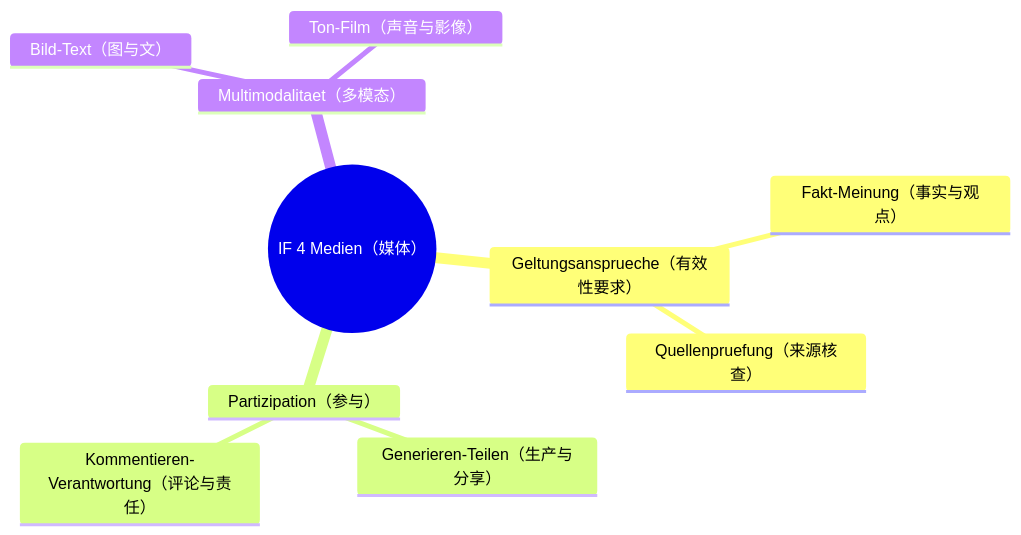
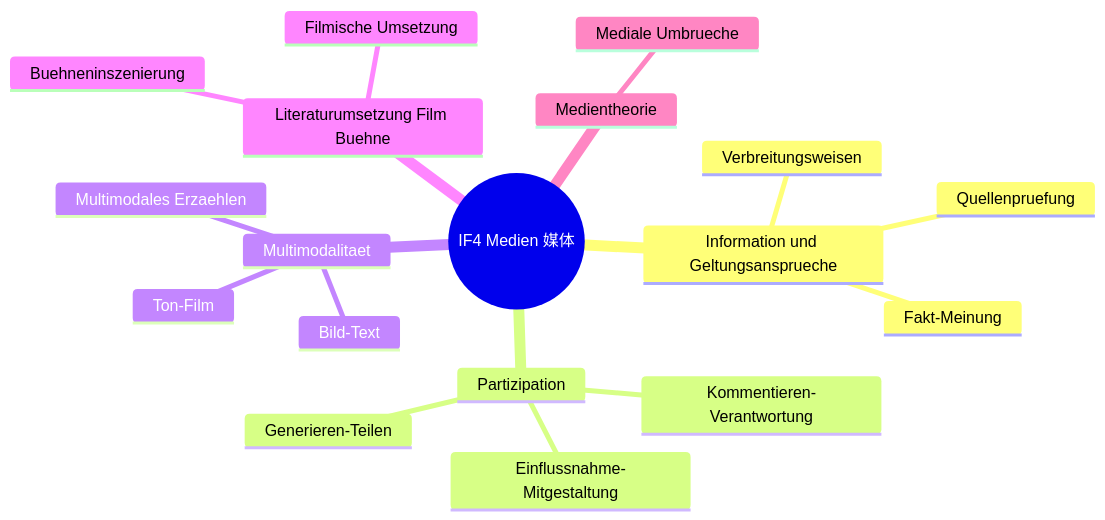
One commit to jjjjjjjjnnjnn/EF-GeWi-Lernvault changed the fifth of 5 diagrams in 00_META/Lernbaum/Lernbaum-Deutsch.md. Above: the diagram before and after it, drawn with Mermaid. The commit also changed other lines of this file and 5 other files, not shown here.

````diff
--- a/00_META/Lernbaum/Lernbaum-Deutsch.md
+++ b/00_META/Lernbaum/Lernbaum-Deutsch.md
@@ -111,13 +679,21 @@
 ```mermaid
 mindmap
-  root((IF 4 Medien（媒体）))
-    Geltungsansprueche（有效性要求）
-      Fakt-Meinung（事实与观点）
-      Quellenpruefung（来源核查）
-    Partizipation（参与）
-      Generieren-Teilen（生产与分享）
-      Kommentieren-Verantwortung（评论与责任）
-    Multimodalitaet（多模态）
-      Bild-Text（图与文）
-      Ton-Film（声音与影像）
+  root((IF4 Medien 媒体))
+    Information und Geltungsansprueche
+      Fakt-Meinung
+      Quellenpruefung
+      Verbreitungsweisen
+    Partizipation
+      Generieren-Teilen
+      Kommentieren-Verantwortung
+      Einflussnahme-Mitgestaltung
+    Multimodalitaet
+      Bild-Text
+      Ton-Film
+      Multimodales Erzaehlen
+    Literaturumsetzung Film Buehne
+      Filmische Umsetzung
+      Buehneninszenierung
+    Medientheorie
+      Mediale Umbrueche
 ```
````
